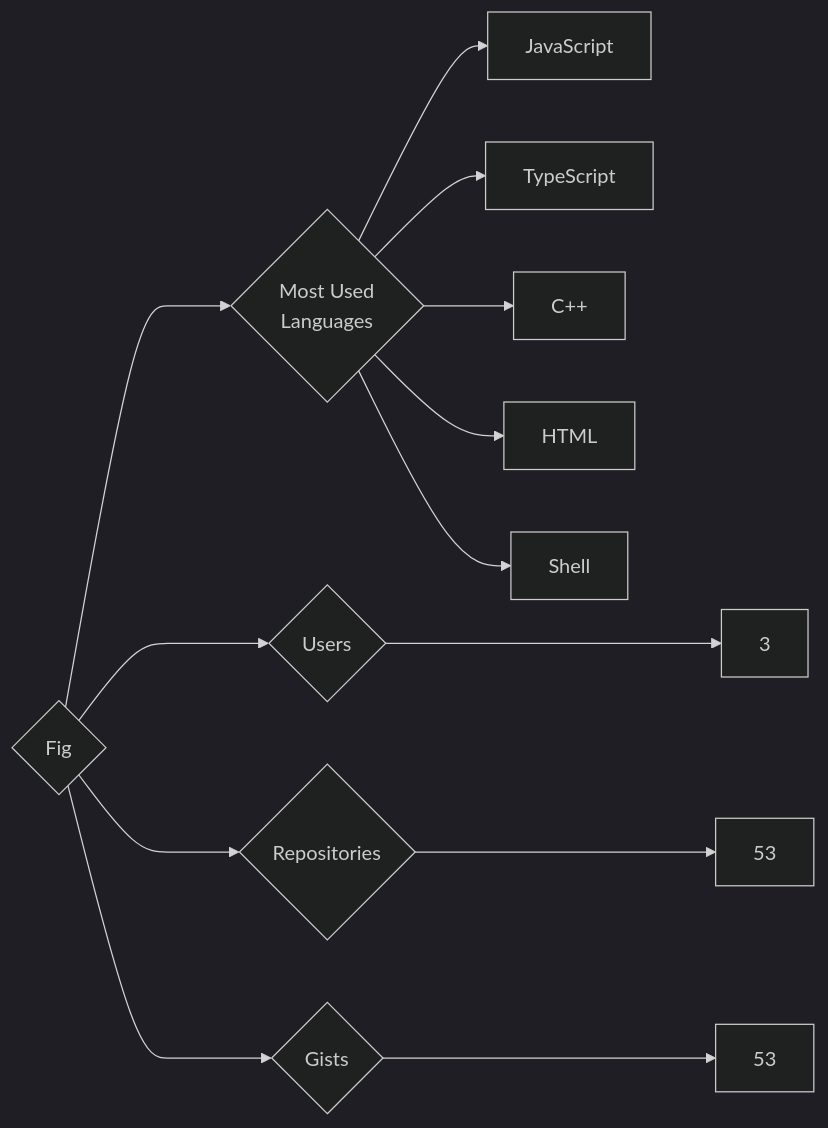
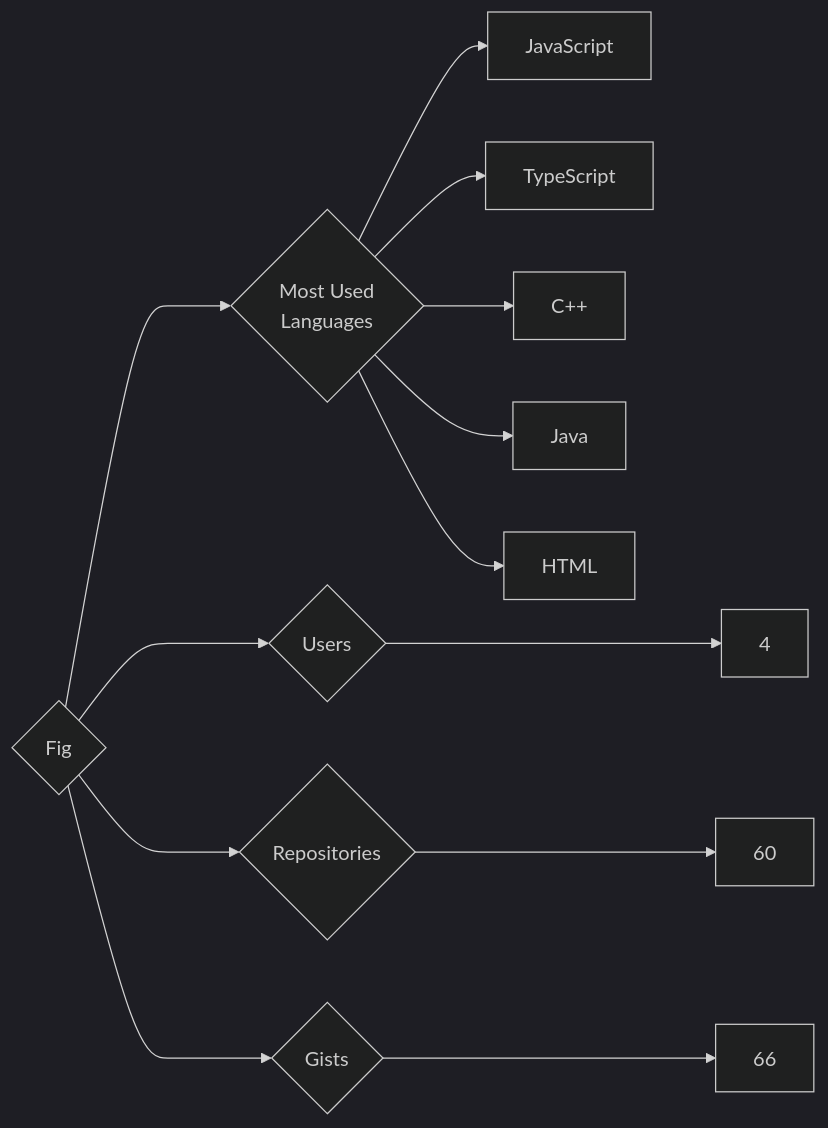
Before and after one commit to trickest/insiders: the diagram in targets/Fig/README.md, drawn with Mermaid (dark theme). The commit also changed 916 other files, not shown here.

````diff
--- a/targets/Fig/README.md
+++ b/targets/Fig/README.md
@@ -3,13 +3,13 @@
 ```mermaid
 graph LR
 COMPANY_NAME{Fig}
-COMPANY_NAME ---> U{Users} ---> UN[3]
-COMPANY_NAME ---> R{Repositories} ---> RN[53]
-COMPANY_NAME ---> G{Gists} ---> GN[53]
+COMPANY_NAME ---> U{Users} ---> UN[4]
+COMPANY_NAME ---> R{Repositories} ---> RN[60]
+COMPANY_NAME ---> G{Gists} ---> GN[66]
 COMPANY_NAME ---> ML{Most Used<br>Languages}
 ML --> JavaScript[JavaScript]
 ML --> TypeScript[TypeScript]
 ML --> C++[C++]
+ML --> Java[Java]
 ML --> HTML[HTML]
-ML --> Shell[Shell]
 ```
````
